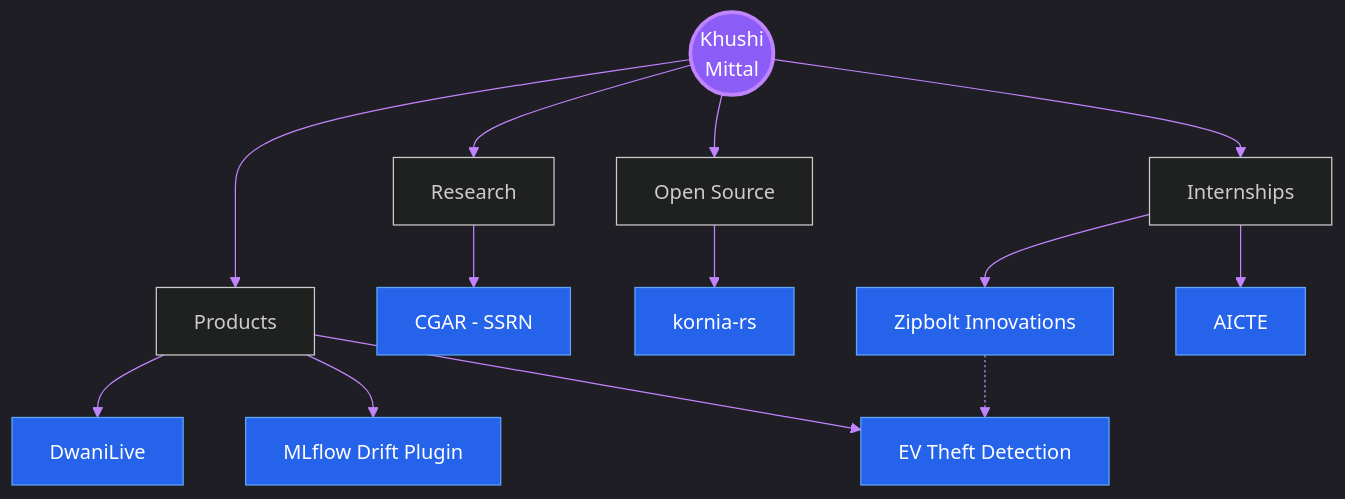
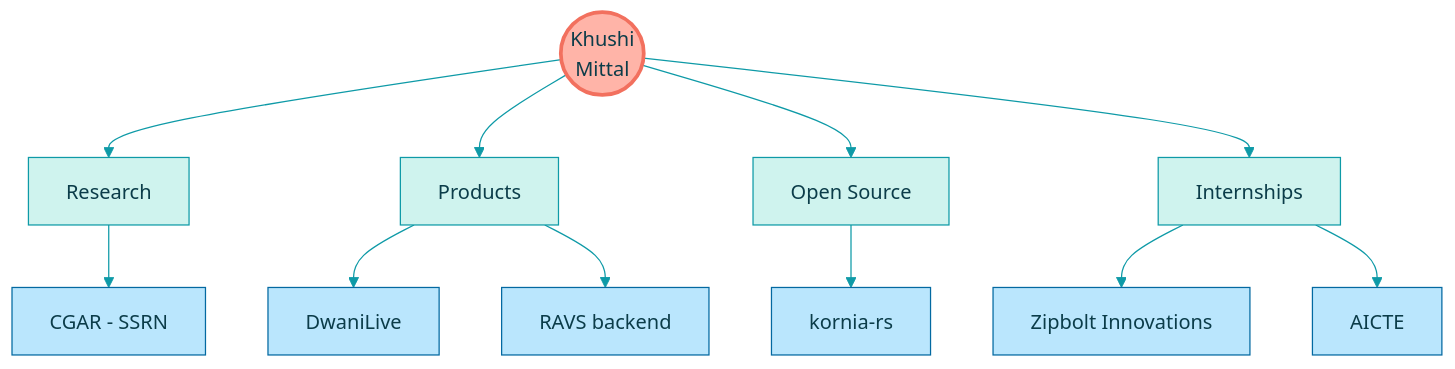
Before and after one commit to khushi-070906/khushi-070906: the first of 5 diagrams in README.md, drawn with Mermaid. The commit also changed other lines of this file and 14 other files, not shown here.

````diff
--- a/README.md
+++ b/README.md
@@ -29,20 +29,18 @@
 ```mermaid
-%%{init: {'theme':'dark','themeVariables':{'primaryColor':'#4A00E0','primaryTextColor':'#ffffff','primaryBorderColor':'#8B5CF6','lineColor':'#C084FC','fontFamily':'monospace'}}}%%
+%%{init: {'theme':'base','themeVariables':{'primaryColor':'#CFF3EE','primaryTextColor':'#0B3C49','primaryBorderColor':'#0E9AA7','lineColor':'#0E9AA7','secondaryColor':'#FFE8C2','tertiaryColor':'#FFF6E5','fontFamily':'monospace'}}}%%
 flowchart TB
     K(("Khushi<br/>Mittal")):::core
     K --> R["Research"]
     K --> P["Products"]
     K --> O["Open Source"]
     K --> I["Internships"]
     R --> R1["CGAR - SSRN"]
     P --> P1["DwaniLive"]
-    P --> P2["MLflow Drift Plugin"]
-    P --> P3["EV Theft Detection"]
+    P --> P2["RAVS backend"]
     O --> O1["kornia-rs"]
     I --> I1["Zipbolt Innovations"]
     I --> I2["AICTE"]
-    I1 -.-> P3
-    classDef core fill:#8B5CF6,stroke:#C084FC,color:#fff,stroke-width:3px
-    classDef leaf fill:#2563EB,stroke:#60A5FA,color:#fff
-    class R1,P1,P2,P3,O1,I1,I2 leaf
+    classDef core fill:#FFB4A8,stroke:#F2705E,color:#0B3C49,stroke-width:3px
+    classDef leaf fill:#BAE6FD,stroke:#0369A1,color:#0B3C49
+    class R1,P1,P2,O1,I1,I2 leaf
 ```
````
